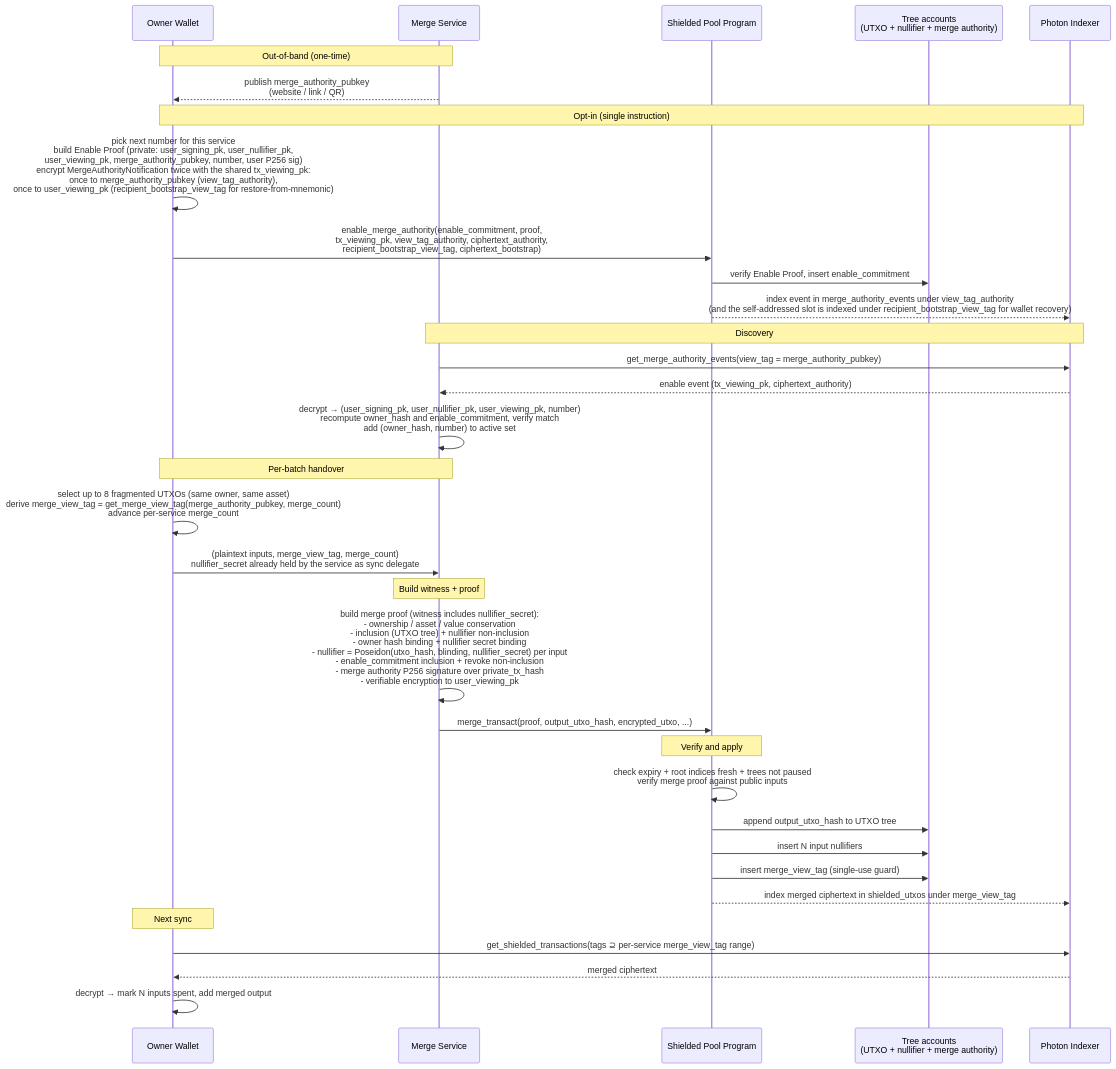
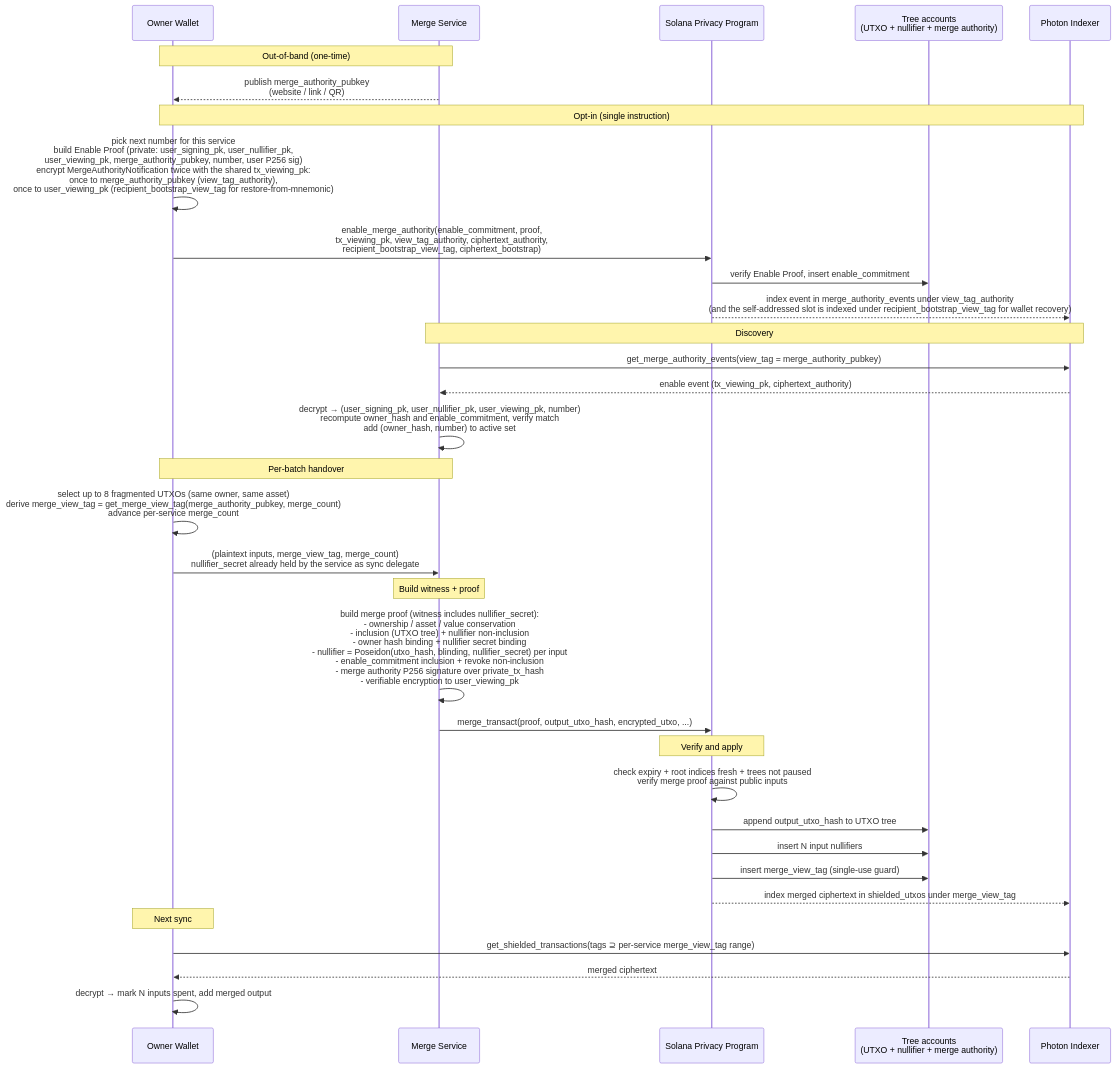
Before and after one commit to helius-labs/zolana: the fifth of 5 diagrams in docs/spec.md, drawn with Mermaid. The commit also changed other lines of this file, not shown here.

First line of the commit message:
docs(spec): rename pocket→zone, Shielded Pool Program→Solana Privacy Program, policy program→zone program

````diff
--- a/docs/spec.md
+++ b/docs/spec.md
@@ -1998,42 +1998,42 @@
 ```mermaid
 sequenceDiagram
     participant Wallet as Owner Wallet
     participant Merge as Merge Service
-    participant SPP as Shielded Pool Program
+    participant SPP as Solana Privacy Program
     participant Trees as Tree accounts<br/>(UTXO + nullifier + merge authority)
     participant Indexer as Photon Indexer
 
     Note over Merge,Wallet: Out-of-band (one-time)
     Merge-->>Wallet: publish merge_authority_pubkey<br/>(website / link / QR)
 
     Note over Wallet,Indexer: Opt-in (single instruction)
     Wallet->>Wallet: pick next number for this service<br/>build Enable Proof (private: user_signing_pk, user_nullifier_pk,<br/>user_viewing_pk, merge_authority_pubkey, number, user P256 sig)<br/>encrypt MergeAuthorityNotification twice with the shared tx_viewing_pk:<br/>once to merge_authority_pubkey (view_tag_authority),<br/>once to user_viewing_pk (recipient_bootstrap_view_tag for restore-from-mnemonic)
     Wallet->>SPP: enable_merge_authority(enable_commitment, proof,<br/>tx_viewing_pk, view_tag_authority, ciphertext_authority,<br/>recipient_bootstrap_view_tag, ciphertext_bootstrap)
     SPP->>Trees: verify Enable Proof, insert enable_commitment
     SPP-->>Indexer: index event in merge_authority_events under view_tag_authority<br/>(and the self-addressed slot is indexed under recipient_bootstrap_view_tag for wallet recovery)
 
     Note over Merge,Indexer: Discovery
     Merge->>Indexer: get_merge_authority_events(view_tag = merge_authority_pubkey)
     Indexer-->>Merge: enable event (tx_viewing_pk, ciphertext_authority)
     Merge->>Merge: decrypt → (user_signing_pk, user_nullifier_pk, user_viewing_pk, number)<br/>recompute owner_hash and enable_commitment, verify match<br/>add (owner_hash, number) to active set
 
     Note over Wallet,Merge: Per-batch handover
     Wallet->>Wallet: select up to 8 fragmented UTXOs (same owner, same asset)<br/>derive merge_view_tag = get_merge_view_tag(merge_authority_pubkey, merge_count)<br/>advance per-service merge_count
     Wallet->>Merge: (plaintext inputs, merge_view_tag, merge_count)<br/>nullifier_secret already held by the service as sync delegate
 
     Note over Merge: Build witness + proof
     Merge->>Merge: build merge proof (witness includes nullifier_secret):<br/>- ownership / asset / value conservation<br/>- inclusion (UTXO tree) + nullifier non-inclusion<br/>- owner hash binding + nullifier secret binding<br/>- nullifier = Poseidon(utxo_hash, blinding, nullifier_secret) per input<br/>- enable_commitment inclusion + revoke non-inclusion<br/>- merge authority P256 signature over private_tx_hash<br/>- verifiable encryption to user_viewing_pk
     Merge->>SPP: merge_transact(proof, output_utxo_hash, encrypted_utxo, ...)
 
     Note over SPP: Verify and apply
     SPP->>SPP: check expiry + root indices fresh + trees not paused<br/>verify merge proof against public inputs
     SPP->>Trees: append output_utxo_hash to UTXO tree
     SPP->>Trees: insert N input nullifiers
     SPP->>Trees: insert merge_view_tag (single-use guard)
     SPP-->>Indexer: index merged ciphertext in shielded_utxos under merge_view_tag
 
     Note over Wallet: Next sync
     Wallet->>Indexer: get_shielded_transactions(tags ⊇ per-service merge_view_tag range)
     Indexer-->>Wallet: merged ciphertext
     Wallet->>Wallet: decrypt → mark N inputs spent, add merged output
 ```
````
